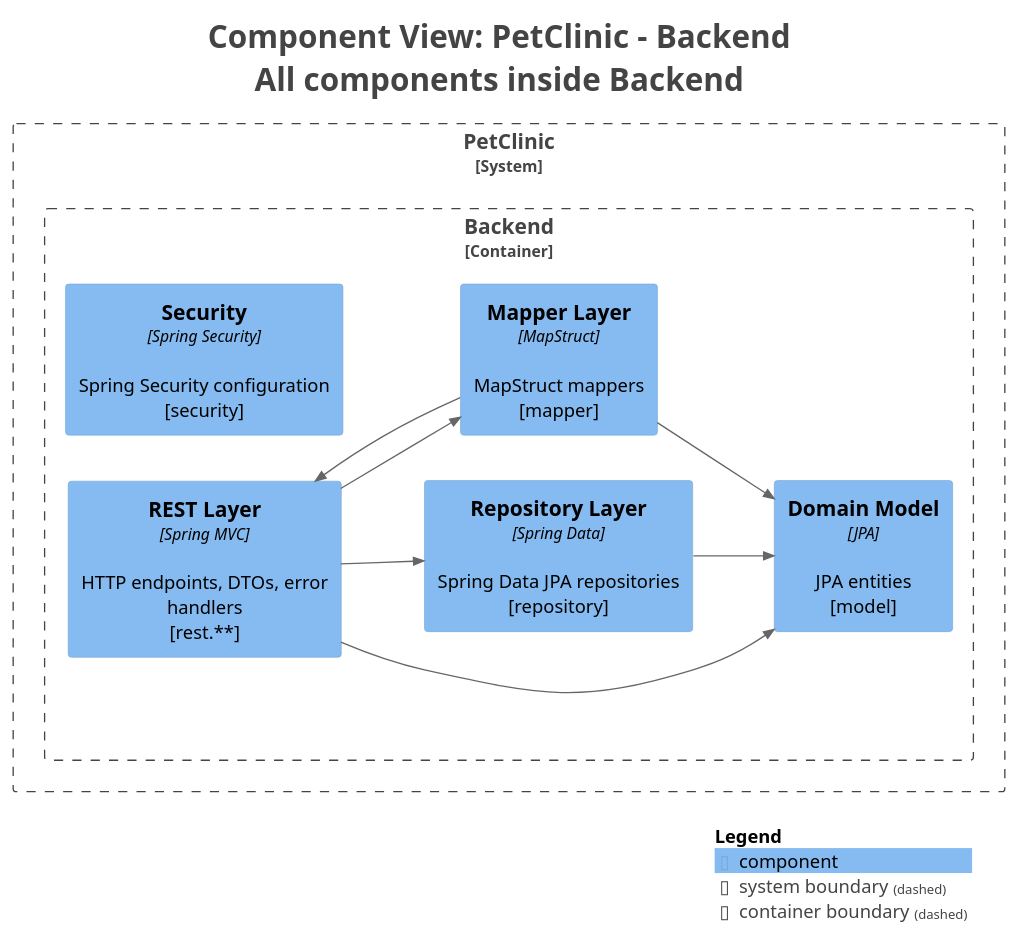
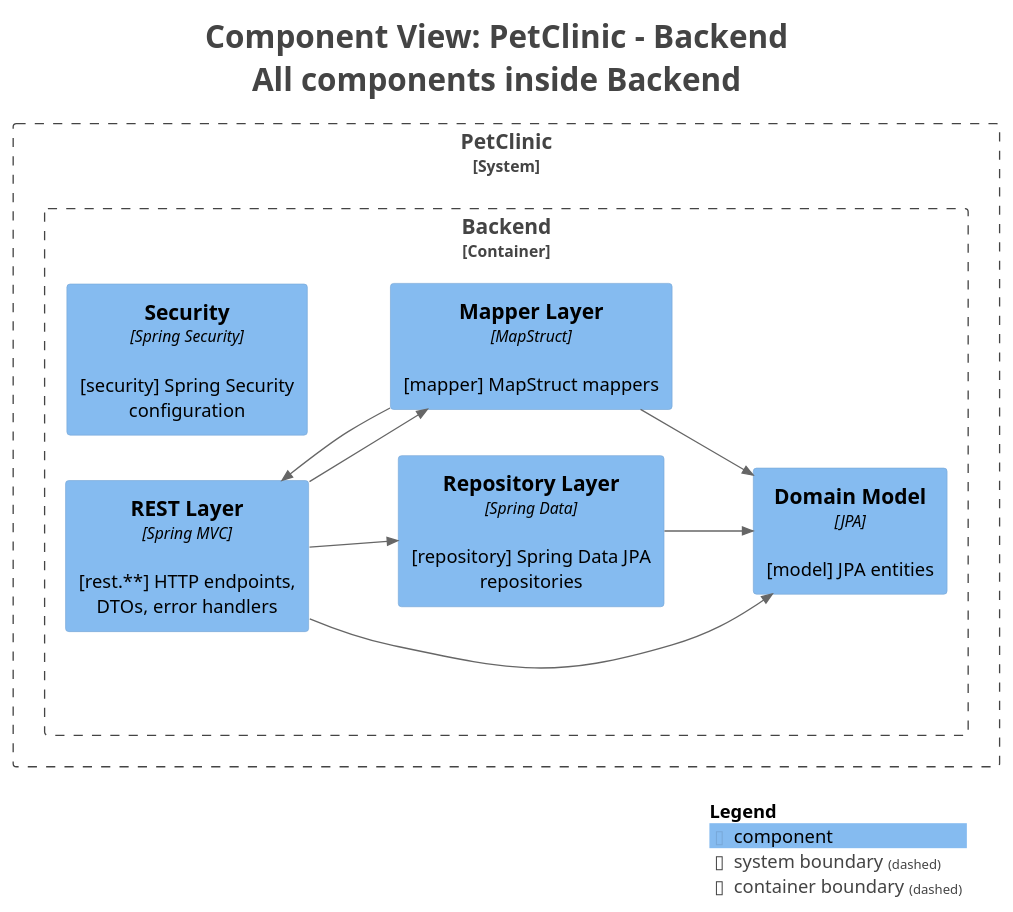
The diagram in petclinic-backend/docs/generated/c4views/C3-Components-All.puml (victorrentea/petclinic), drawn with PlantUML before and after one commit. The commit also changed 4 other files, not shown here.

```diff
--- a/petclinic-backend/docs/generated/c4views/C3-Components-All.puml
+++ b/petclinic-backend/docs/generated/c4views/C3-Components-All.puml
@@ -1,38 +1,38 @@
 @startuml
 title <size:24>Component View: PetClinic - Backend</size>\n<size:24>All components inside Backend</size>
 
 set separator none
 left to right direction
 
 <style>
   root {
     BackgroundColor: #ffffff
     FontColor: #444444
   }
 </style>
 
 !include <C4/C4>
 !include <C4/C4_Context>
 !include <C4/C4_Component>
 
 System_Boundary("PetClinic_boundary", "PetClinic", $tags="") {
   Container_Boundary("PetClinic.Backend_boundary", "Backend", $tags="") {
-    Component(PetClinic.Backend.Security, "Security", $techn="Spring Security", $descr="Spring Security configuration\n[security]", $tags="", $link="")
-    Component(PetClinic.Backend.RESTLayer, "REST Layer", $techn="Spring MVC", $descr="HTTP endpoints, DTOs, error handlers\n[rest.**]", $tags="", $link="")
-    Component(PetClinic.Backend.DomainModel, "Domain Model", $techn="JPA", $descr="JPA entities\n[model]", $tags="", $link="")
-    Component(PetClinic.Backend.RepositoryLayer, "Repository Layer", $techn="Spring Data", $descr="Spring Data JPA repositories\n[repository]", $tags="", $link="")
-    Component(PetClinic.Backend.MapperLayer, "Mapper Layer", $techn="MapStruct", $descr="MapStruct mappers\n[mapper]", $tags="", $link="")
+    Component(PetClinic.Backend.Security, "Security", $techn="Spring Security", $descr="[security] Spring Security configuration", $tags="", $link="")
+    Component(PetClinic.Backend.RESTLayer, "REST Layer", $techn="Spring MVC", $descr="[rest.**] HTTP endpoints, DTOs, error handlers", $tags="", $link="")
+    Component(PetClinic.Backend.DomainModel, "Domain Model", $techn="JPA", $descr="[model] JPA entities", $tags="", $link="")
+    Component(PetClinic.Backend.RepositoryLayer, "Repository Layer", $techn="Spring Data", $descr="[repository] Spring Data JPA repositories", $tags="", $link="")
+    Component(PetClinic.Backend.MapperLayer, "Mapper Layer", $techn="MapStruct", $descr="[mapper] MapStruct mappers", $tags="", $link="")
   }
 
 }
 
 Rel(PetClinic.Backend.RESTLayer, PetClinic.Backend.MapperLayer, "", $techn="", $tags="", $link="")
 Rel(PetClinic.Backend.RESTLayer, PetClinic.Backend.DomainModel, "", $techn="", $tags="", $link="")
 Rel(PetClinic.Backend.RESTLayer, PetClinic.Backend.RepositoryLayer, "", $techn="", $tags="", $link="")
 Rel(PetClinic.Backend.MapperLayer, PetClinic.Backend.RESTLayer, "", $techn="", $tags="", $link="")
 Rel(PetClinic.Backend.MapperLayer, PetClinic.Backend.DomainModel, "", $techn="", $tags="", $link="")
 Rel(PetClinic.Backend.RepositoryLayer, PetClinic.Backend.DomainModel, "", $techn="", $tags="", $link="")
 
 SHOW_LEGEND(true)
 hide stereotypes
 @enduml
```
